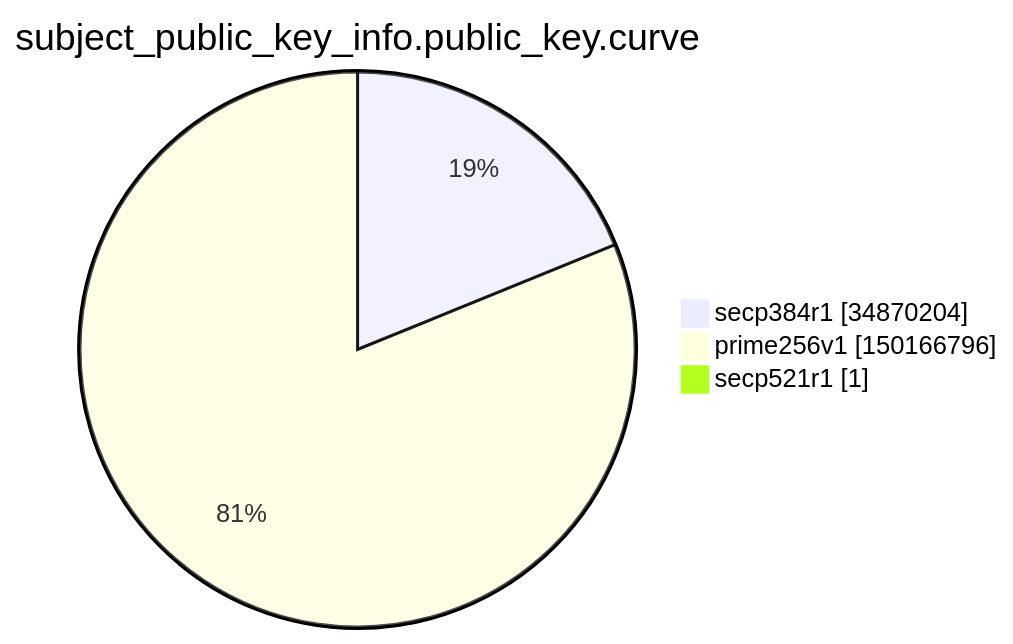
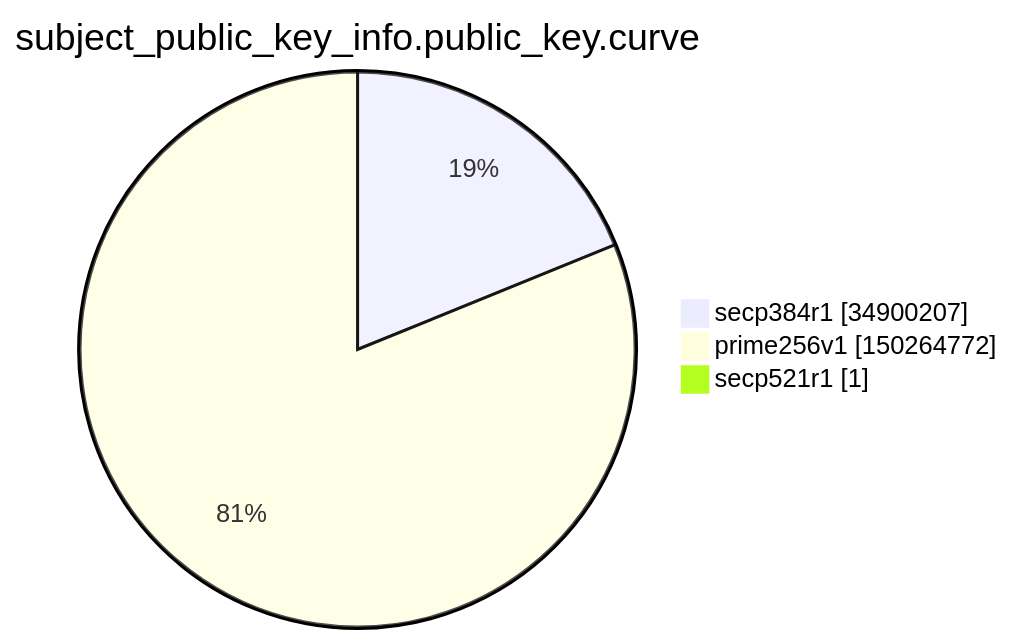
Before and after one commit to christiankrug/ctmonitor_visualization: the ninth of 15 diagrams in argon2022/README.md, drawn with Mermaid. The commit also changed other lines of this file, not shown here.

````diff
--- a/argon2022/README.md
+++ b/argon2022/README.md
@@ -2765,7 +2765,7 @@
 ```mermaid
 pie showData
 title subject_public_key_info.public_key.curve
-"secp384r1" :34870204
-"prime256v1" :150166796
+"secp384r1" :34900207
+"prime256v1" :150264772
 "secp521r1" :1
 ```
````
